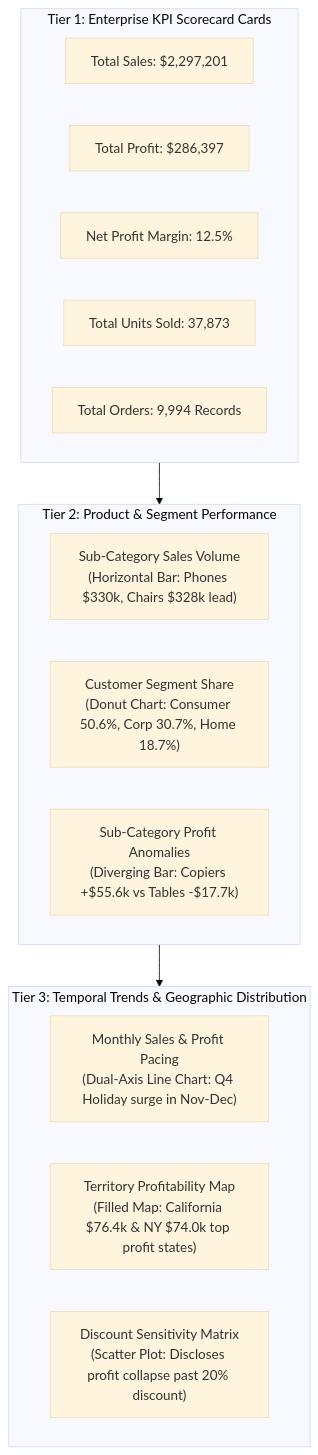
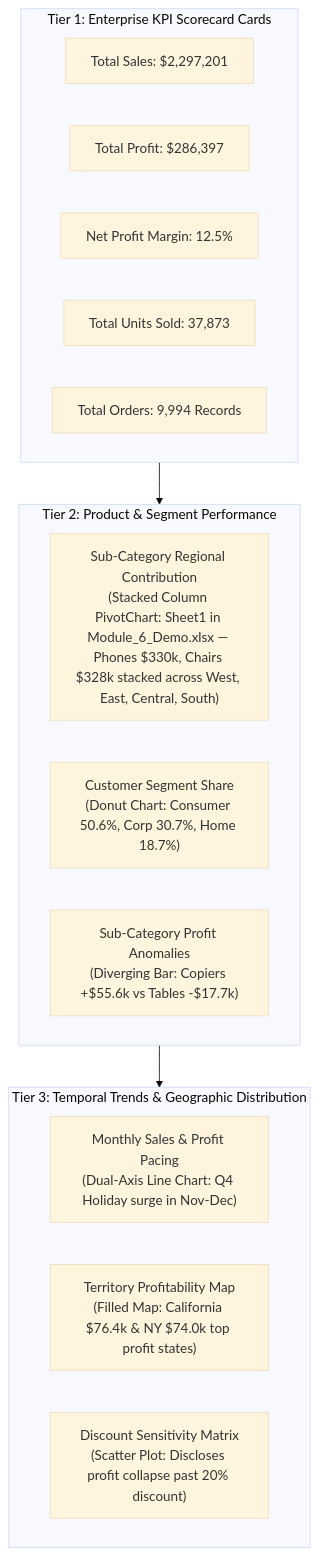
Before and after one commit to Sohila-Khaled-Abbas/COURSE-EXCEL-ZERO-TO-HERO: the second of 4 diagrams in 02_Notes/06_Data_Analysis_Charts/03_Dashboard_Visual_Hierarchy.md, drawn with Mermaid (base theme). The commit also changed other lines of this file and 5 other files, not shown here.

Commit message:
docs(module-06): ground all chart notes in Module_6_Demo.xlsx, add roadmap diagrams and Module 6 reference doc

````diff
--- a/02_Notes/06_Data_Analysis_Charts/03_Dashboard_Visual_Hierarchy.md
+++ b/02_Notes/06_Data_Analysis_Charts/03_Dashboard_Visual_Hierarchy.md
@@ -88,25 +94,25 @@
 ```mermaid
 flowchart TD
     subgraph SuperstoreTier1 ["Tier 1: Enterprise KPI Scorecard Cards"]
         SS_K1["Total Sales: $2,297,201"]
         SS_K2["Total Profit: $286,397"]
         SS_K3["Net Profit Margin: 12.5%"]
         SS_K4["Total Units Sold: 37,873"]
         SS_K5["Total Orders: 9,994 Records"]
     end
 
     subgraph SuperstoreTier2 ["Tier 2: Product & Segment Performance"]
-        SS_C1["Sub-Category Sales Volume<br/>(Horizontal Bar: Phones $330k, Chairs $328k lead)"]
+        SS_C1["Sub-Category Regional Contribution<br/>(Stacked Column PivotChart: Sheet1 in Module_6_Demo.xlsx — Phones $330k, Chairs $328k stacked across West, East, Central, South)"]
         SS_C2["Customer Segment Share<br/>(Donut Chart: Consumer 50.6%, Corp 30.7%, Home 18.7%)"]
         SS_C3["Sub-Category Profit Anomalies<br/>(Diverging Bar: Copiers +$55.6k vs Tables -$17.7k)"]
     end
 
     subgraph SuperstoreTier3 ["Tier 3: Temporal Trends & Geographic Distribution"]
         SS_T1["Monthly Sales & Profit Pacing<br/>(Dual-Axis Line Chart: Q4 Holiday surge in Nov-Dec)"]
         SS_T2["Territory Profitability Map<br/>(Filled Map: California $76.4k & NY $74.0k top profit states)"]
         SS_T3["Discount Sensitivity Matrix<br/>(Scatter Plot: Discloses profit collapse past 20% discount)"]
     end
 
     SuperstoreTier1 --> SuperstoreTier2
     SuperstoreTier2 --> SuperstoreTier3
 ```
````
